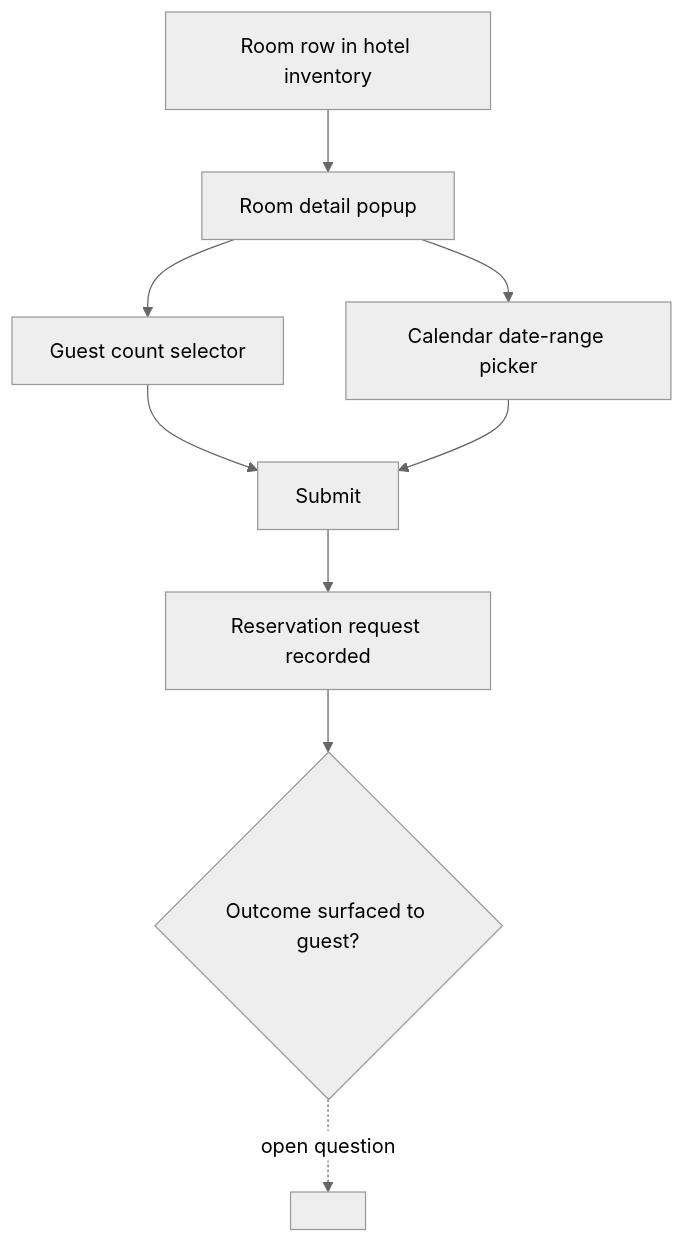
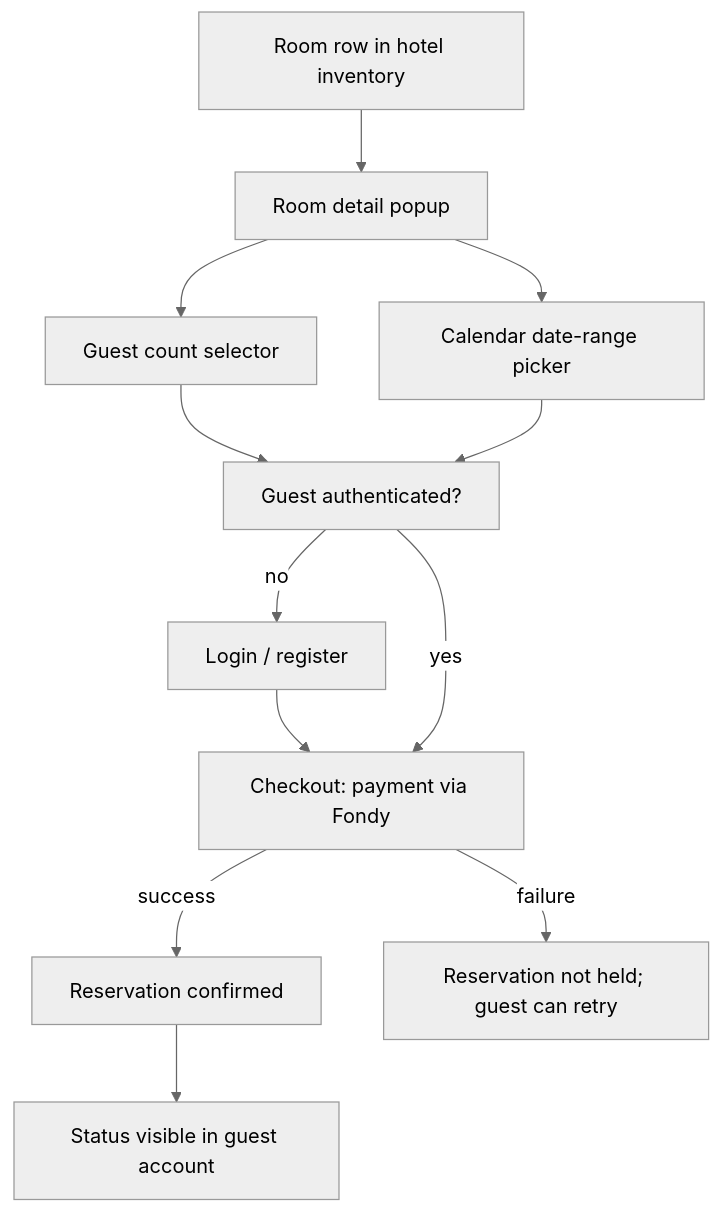
Before and after one commit to teratron/booking: the diagram in .design/main/specifications/l1-room-reservation.md, drawn with Mermaid (neutral theme). The commit also changed other lines of this file and 11 other files, not shown here.

````diff
--- a/.design/main/specifications/l1-room-reservation.md
+++ b/.design/main/specifications/l1-room-reservation.md
@@ -64,11 +72,14 @@
 ```mermaid
 graph TD
     A[Room row in hotel inventory] --> B[Room detail popup]
     B --> C[Guest count selector]
     B --> D[Calendar date-range picker]
-    C --> E[Submit]
+    C --> E[Guest authenticated?]
     D --> E
-    E --> F[Reservation request recorded]
-    F --> G{Outcome surfaced to guest?}
-    G -.->|open question| H[<!-- TBD -->]
+    E -->|no| L[Login / register]
+    L --> F
+    E -->|yes| F[Checkout: payment via Fondy]
+    F -->|success| G[Reservation confirmed]
+    F -->|failure| H[Reservation not held; guest can retry]
+    G --> I[Status visible in guest account]
 ```
````
